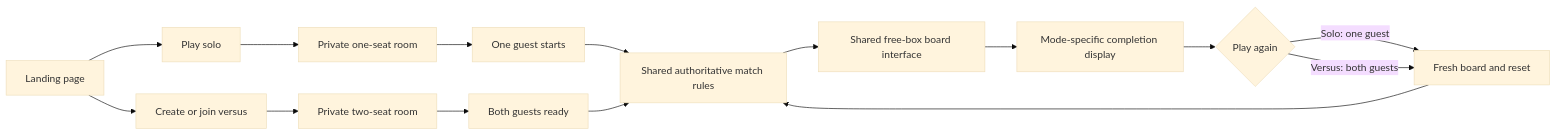
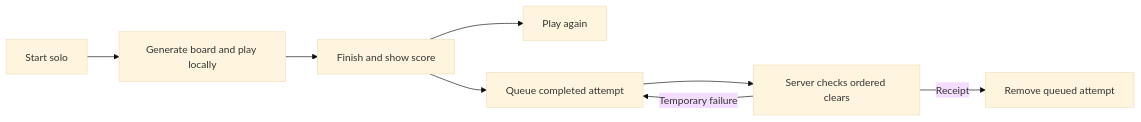
The diagram in docs/solo-play.md (matthew-ngzc/fruit-box), drawn with Mermaid (base theme) before and after one commit. The commit also changed other lines of this file and 6 other files, not shown here.

Commit message:
feat: play solo locally and verify completed replays (#29)

````diff
--- a/docs/solo-play.md
+++ b/docs/solo-play.md
@@ -15,17 +17,10 @@
 ```mermaid
 flowchart LR
-    Lobby[Landing page] --> Solo[Play solo]
-    Solo --> Seat[Private one-seat room]
-    Seat --> Start[One guest starts]
-    Start --> Match[Shared authoritative match rules]
-    Lobby --> Versus[Create or join versus]
-    Versus --> Pair[Private two-seat room]
-    Pair --> Ready[Both guests ready]
-    Ready --> Match
-    Match --> View[Shared free-box board interface]
-    View --> Result[Mode-specific completion display]
-    Result --> Replay{Play again}
-    Replay -->|Solo: one guest| Fresh[Fresh board and reset]
-    Replay -->|Versus: both guests| Fresh
-    Fresh --> Match
+    Start[Start solo] --> Browser[Generate board and play locally]
+    Browser --> Finish[Finish and show score]
+    Finish --> Replay[Play again]
+    Finish --> Queue[Queue completed attempt]
+    Queue --> Server[Server checks ordered clears]
+    Server -->|Receipt| Done[Remove queued attempt]
+    Server -->|Temporary failure| Queue
 ```
````
